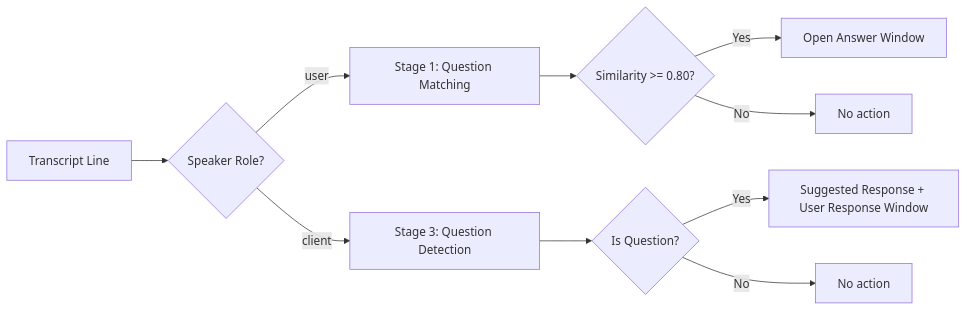
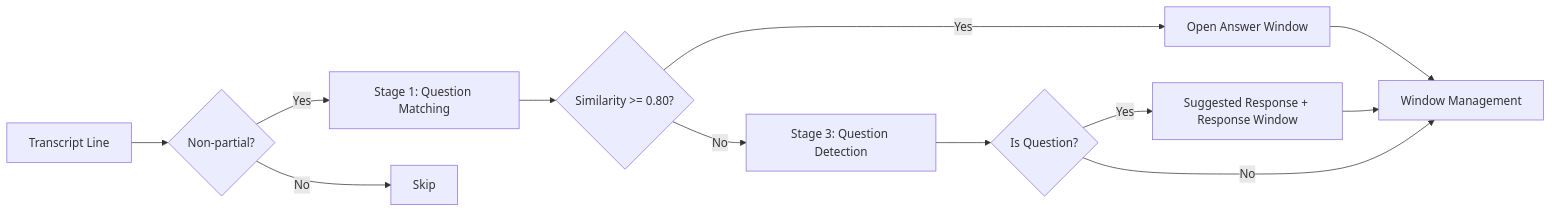
One commit to sng04/Charlie-Team---Axrail-MT changed the diagram in docs/features/live-transcript-processing.md. Above: the diagram before and after it, drawn with Mermaid. The commit also changed other lines of this file and 24 other files, not shown here.

Commit message:
update transcript inference lambdas to be 'speaker agnostic'. adjusted unit test and test scripts.

````diff
--- a/docs/features/live-transcript-processing.md
+++ b/docs/features/live-transcript-processing.md
@@ -21,12 +9,14 @@
 ```mermaid
 flowchart LR
-    A[Transcript Line] --> B{Speaker Role?}
-    B -->|user| C[Stage 1: Question Matching]
-    B -->|client| D[Stage 3: Question Detection]
+    A[Transcript Line] --> B{Non-partial?}
+    B -->|Yes| C[Stage 1: Question Matching]
+    B -->|No| D[Skip]
     C --> E{Similarity >= 0.80?}
     E -->|Yes| F[Open Answer Window]
-    E -->|No| G[No action]
-    D --> H{Is Question?}
-    H -->|Yes| I[Suggested Response + User Response Window]
-    H -->|No| J[No action]
+    E -->|No| G[Stage 3: Question Detection]
+    G --> H{Is Question?}
+    H -->|Yes| I[Suggested Response + Response Window]
+    H -->|No| J[Window Management]
+    F --> J
+    I --> J
 ```
````
